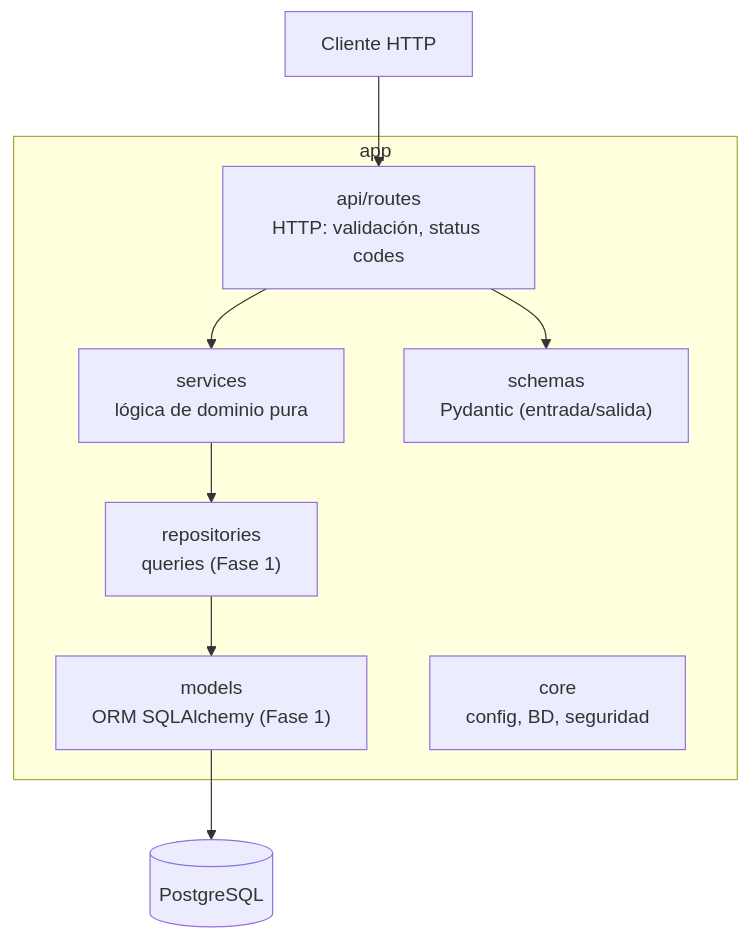
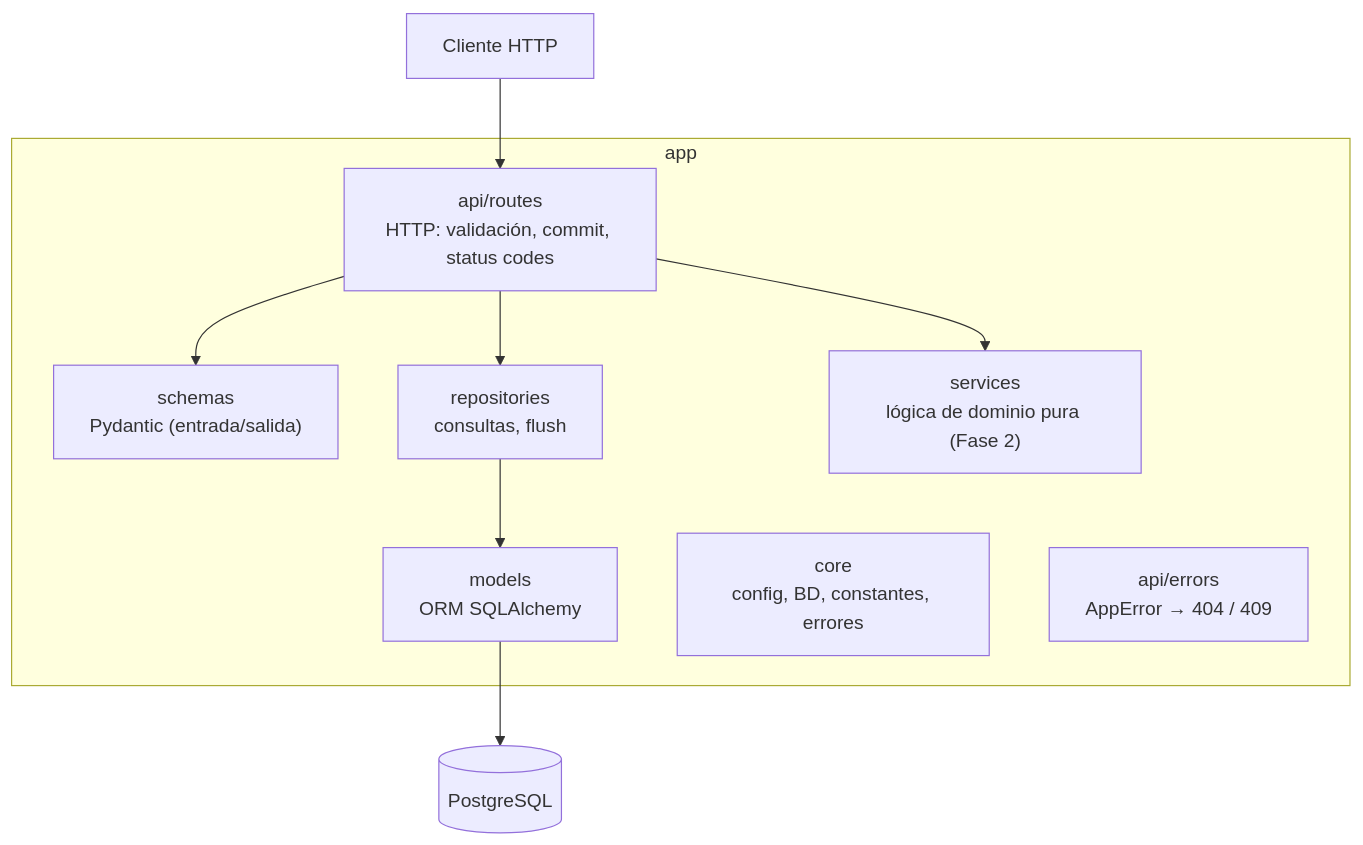
One commit to athersoft/Tournament-System changed the diagram in docs/arquitectura/vision-general.md. Above: the diagram before and after it, drawn with Mermaid. The commit also changed other lines of this file and 37 other files, not shown here.

````diff
--- a/docs/arquitectura/vision-general.md
+++ b/docs/arquitectura/vision-general.md
@@ -13,12 +13,13 @@
 ```mermaid
 flowchart TD
     Client[Cliente HTTP] --> Routes
     subgraph app
-        Routes["api/routes<br/>HTTP: validación, status codes"] --> Services
-        Routes --> Schemas["schemas<br/>Pydantic (entrada/salida)"]
-        Services["services<br/>lógica de dominio pura"] --> Repos
-        Repos["repositories<br/>queries (Fase 1)"] --> Models["models<br/>ORM SQLAlchemy (Fase 1)"]
-        Core["core<br/>config, BD, seguridad"]
+        Routes["api/routes<br/>HTTP: validación, commit, status codes"] --> Schemas["schemas<br/>Pydantic (entrada/salida)"]
+        Routes --> Repos["repositories<br/>consultas, flush"]
+        Routes --> Services["services<br/>lógica de dominio pura (Fase 2)"]
+        Repos --> Models["models<br/>ORM SQLAlchemy"]
+        Core["core<br/>config, BD, constantes, errores"]
+        Errors["api/errors<br/>AppError → 404 / 409"]
     end
     Models --> DB[(PostgreSQL)]
 ```
````
